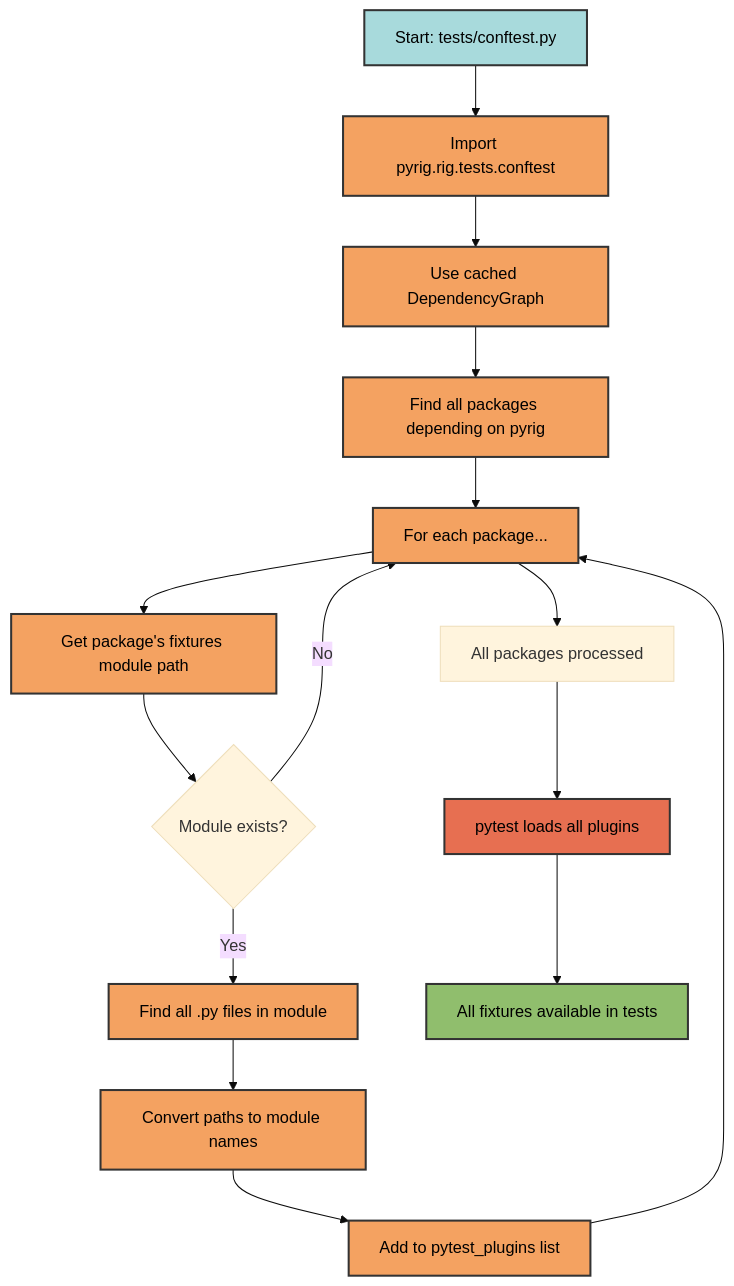
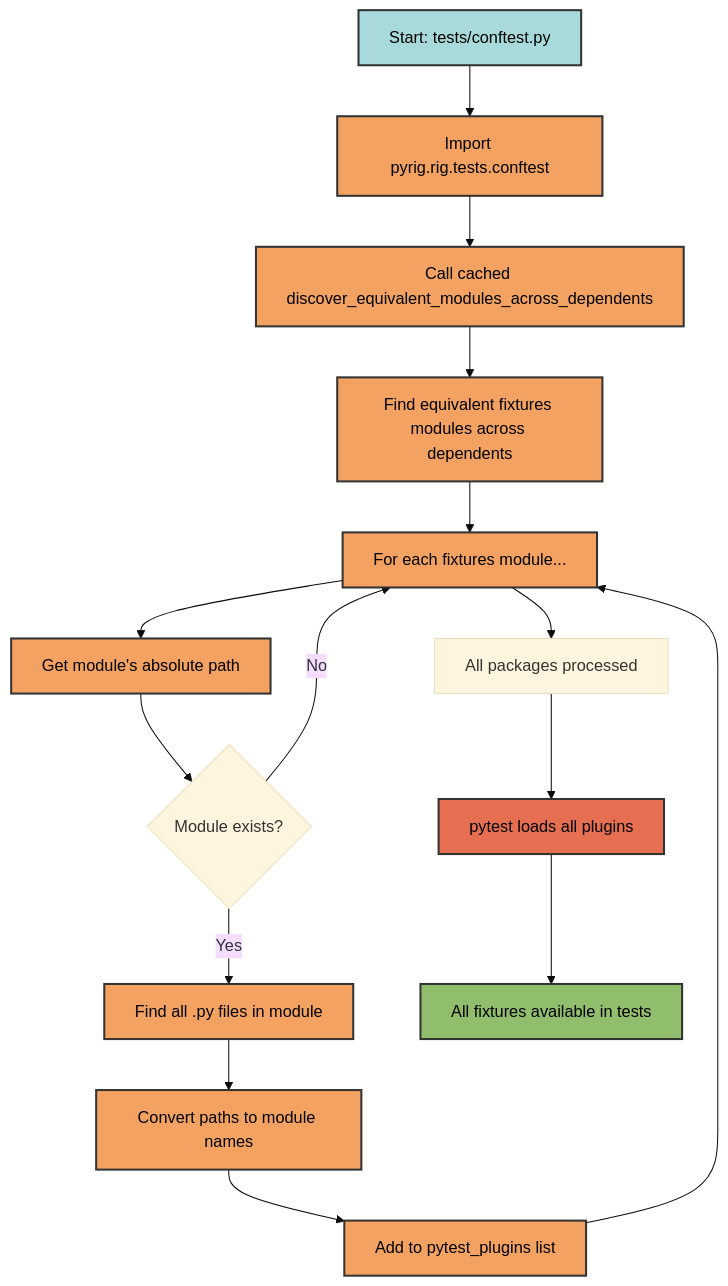
One commit to Winipedia/pyrig changed the third of 3 diagrams in docs/tests/fixtures.md. Above: the diagram before and after it, drawn with Mermaid (base theme). The commit also changed other lines of this file and 48 other files, not shown here.

````diff
--- a/docs/tests/fixtures.md
+++ b/docs/tests/fixtures.md
@@ -54,31 +54,31 @@
 ```mermaid
 graph TD
     A[Start: tests/conftest.py] --> B[Import pyrig.rig.tests.conftest]
-    B --> C[Use cached DependencyGraph]
-    C --> D[Find all packages depending on pyrig]
-    D --> E[For each package...]
+    B --> C[Call cached discover_equivalent_modules_across_dependents]
+    C --> D[Find equivalent fixtures modules across dependents]
+    D --> E[For each fixtures module...]
 
-    E --> F[Get package's fixtures module path]
+    E --> F[Get module's absolute path]
     F --> G{Module exists?}
     G -->|Yes| H[Find all .py files in module]
     G -->|No| E
     H --> I[Convert paths to module names]
     I --> J[Add to pytest_plugins list]
     J --> E
 
     E --> K[All packages processed]
     K --> L[pytest loads all plugins]
     L --> M[All fixtures available in tests]
 
     style A fill:#a8dadc,stroke:#333,stroke-width:2px,color:#000
     style B fill:#f4a261,stroke:#333,stroke-width:2px,color:#000
     style C fill:#f4a261,stroke:#333,stroke-width:2px,color:#000
     style D fill:#f4a261,stroke:#333,stroke-width:2px,color:#000
     style E fill:#f4a261,stroke:#333,stroke-width:2px,color:#000
     style F fill:#f4a261,stroke:#333,stroke-width:2px,color:#000
     style H fill:#f4a261,stroke:#333,stroke-width:2px,color:#000
     style I fill:#f4a261,stroke:#333,stroke-width:2px,color:#000
     style J fill:#f4a261,stroke:#333,stroke-width:2px,color:#000
     style L fill:#e76f51,stroke:#333,stroke-width:2px,color:#000
     style M fill:#90be6d,stroke:#333,stroke-width:2px,color:#000
 ```
````
